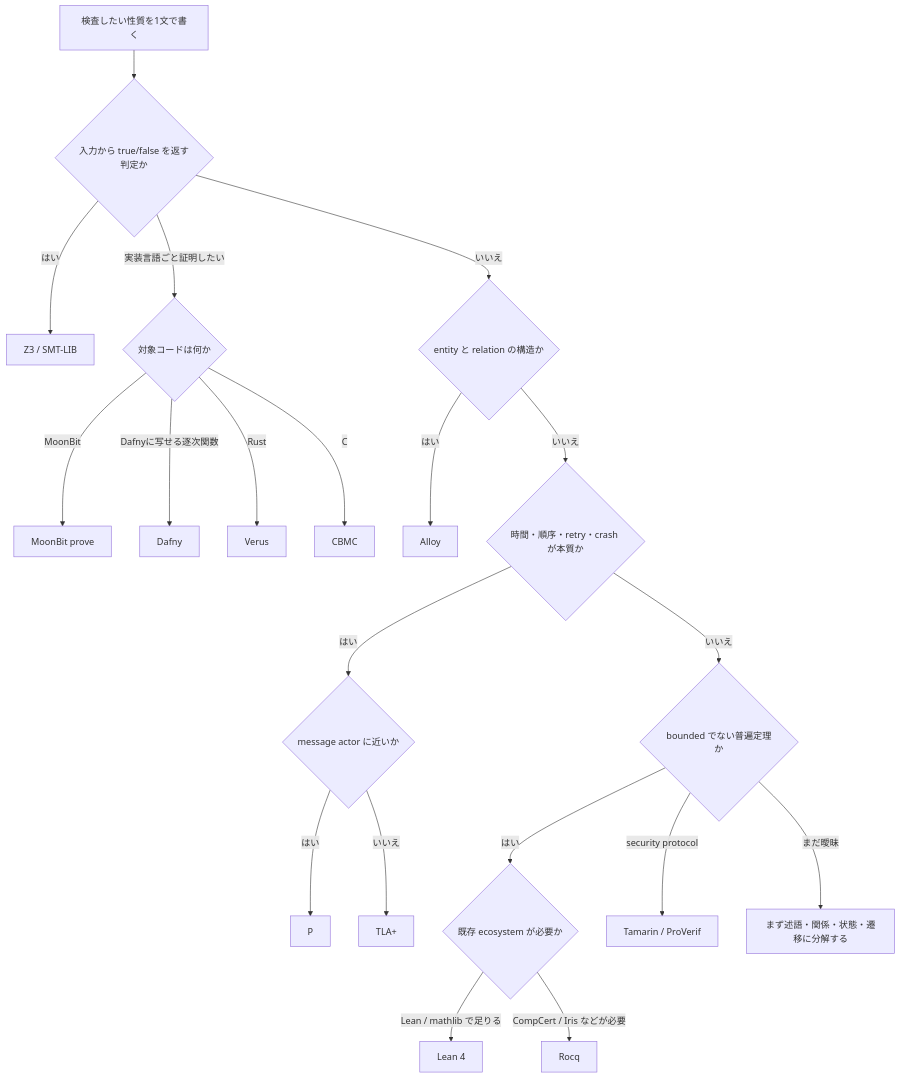
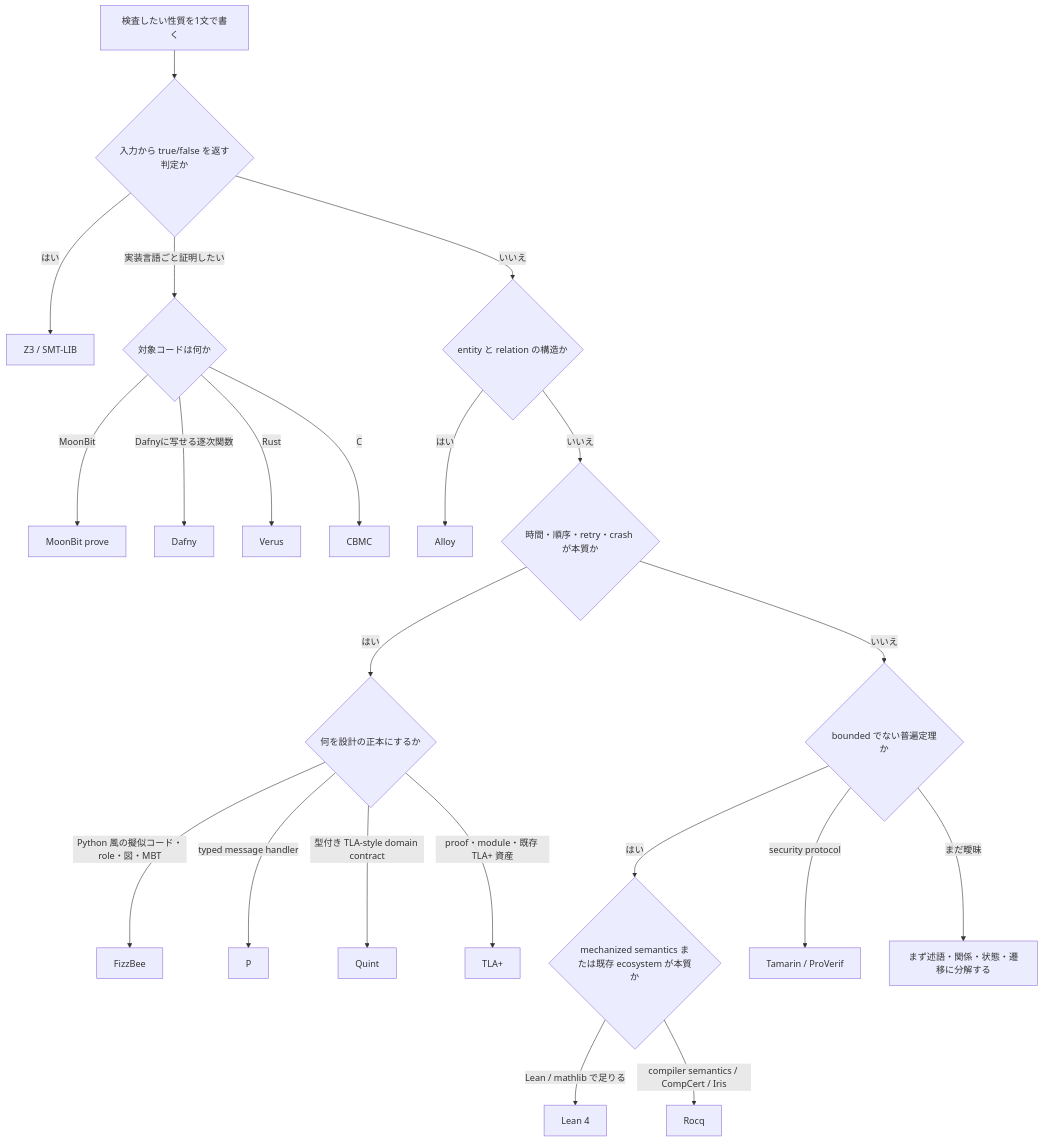
The first of 3 diagrams in book/tool-fit-map.md (mizchi/formal-methods-playground), drawn with Mermaid before and after one commit. The commit also changed other lines of this file and 48 other files, not shown here.

First line of the commit message:
Add Quint and FizzBee examples, Rocq stack compiler proof

````diff
--- a/book/tool-fit-map.md
+++ b/book/tool-fit-map.md
@@ -25,24 +27,26 @@
 ```mermaid
 flowchart TD
   A[検査したい性質を1文で書く] --> B{入力から true/false を返す判定か}
   B -->|はい| Z3[Z3 / SMT-LIB]
   B -->|実装言語ごと証明したい| CODE{対象コードは何か}
   CODE -->|MoonBit| MOON[MoonBit prove]
   CODE -->|Dafnyに写せる逐次関数| DAFNY[Dafny]
   CODE -->|Rust| VERUS[Verus]
   CODE -->|C| CBMC[CBMC]
 
   B -->|いいえ| C{entity と relation の構造か}
   C -->|はい| ALLOY[Alloy]
   C -->|いいえ| D{時間・順序・retry・crash が本質か}
-  D -->|はい| E{message actor に近いか}
-  E -->|はい| P[P]
-  E -->|いいえ| TLA[TLA+]
+  D -->|はい| E{何を設計の正本にするか}
+  E -->|Python 風の擬似コード・role・図・MBT| FIZZ[FizzBee]
+  E -->|typed message handler| P[P]
+  E -->|型付き TLA-style domain contract| QUINT[Quint]
+  E -->|proof・module・既存 TLA+ 資産| TLA[TLA+]
 
   D -->|いいえ| F{bounded でない普遍定理か}
-  F -->|はい| G{既存 ecosystem が必要か}
+  F -->|はい| G{mechanized semantics または既存 ecosystem が本質か}
   G -->|Lean / mathlib で足りる| LEAN[Lean 4]
-  G -->|CompCert / Iris などが必要| ROCQ[Rocq]
+  G -->|compiler semantics / CompCert / Iris| ROCQ[Rocq]
   F -->|security protocol| SEC[Tamarin / ProVerif]
   F -->|まだ曖昧| MODEL[まず述語・関係・状態・遷移に分解する]
 ```
````
